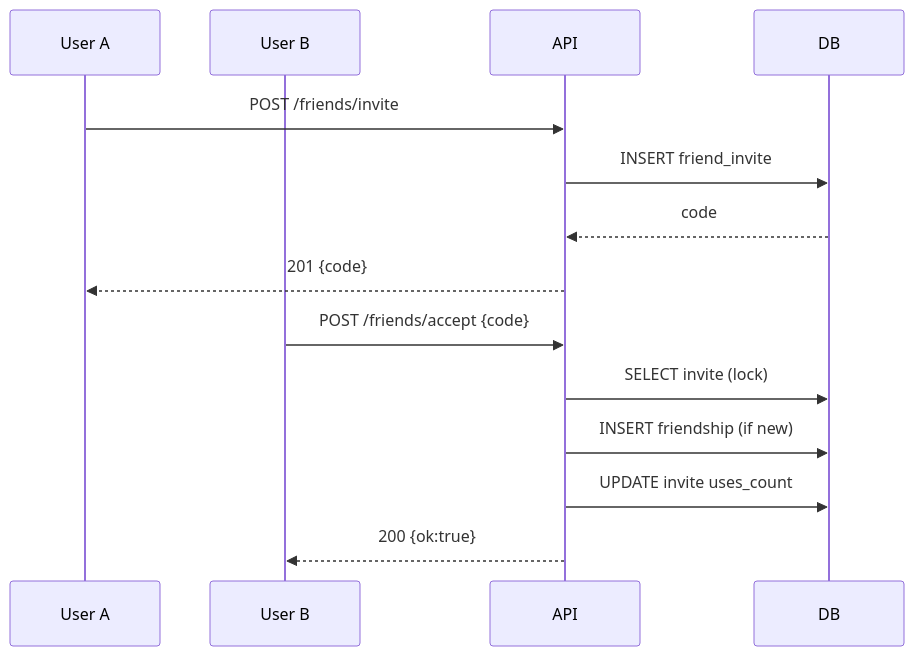
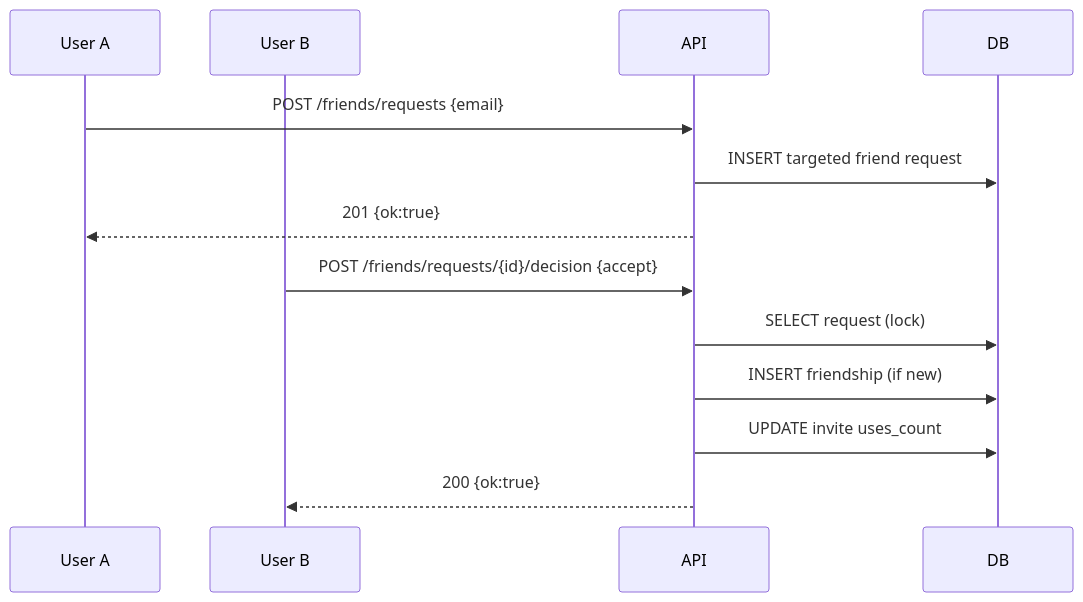
Before and after one commit to noelys215/arbiter-api: the second of 4 diagrams in README.md, drawn with Mermaid. The commit also changed other lines of this file and 29 other files, not shown here.

Commit message:
refactor(invites): remove legacy link and code flows

````diff
--- a/README.md
+++ b/README.md
@@ -393,18 +395,17 @@
 ```mermaid
 sequenceDiagram
   participant A as User A
   participant B as User B
   participant API
   participant DB
 
-  A->>API: POST /friends/invite
-  API->>DB: INSERT friend_invite
-  DB-->>API: code
-  API-->>A: 201 {code}
+  A->>API: POST /friends/requests {email}
+  API->>DB: INSERT targeted friend request
+  API-->>A: 201 {ok:true}
 
-  B->>API: POST /friends/accept {code}
-  API->>DB: SELECT invite (lock)
+  B->>API: POST /friends/requests/{id}/decision {accept}
+  API->>DB: SELECT request (lock)
   API->>DB: INSERT friendship (if new)
   API->>DB: UPDATE invite uses_count
   API-->>B: 200 {ok:true}
 ```
````
